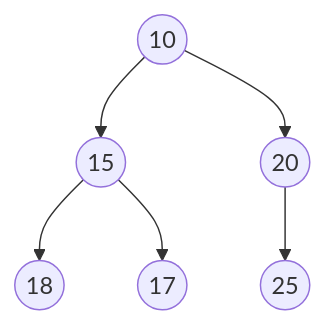
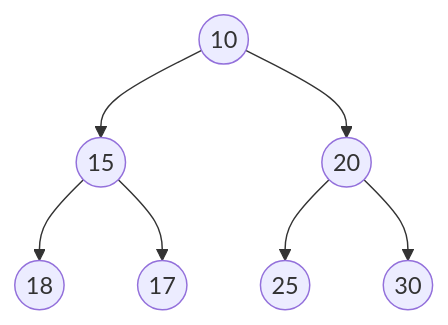
Before and after one commit to YCChenVictor/blog-frontend: the second of 2 diagrams in _posts/software/data_structure_and_algorithm/2023-05-03-heap.md, drawn with Mermaid. The commit also changed other lines of this file, not shown here.

```diff
--- a/_posts/software/data_structure_and_algorithm/2023-05-03-heap.md
+++ b/_posts/software/data_structure_and_algorithm/2023-05-03-heap.md
@@ -44,8 +44,9 @@
   <div class="mermaid">
     graph TD
     B((10)) --> C((15))
     B((10)) --> D((20))
     C((15)) --> E((18))
     C((15)) --> F((17))
     D((20)) --> G((25))
+    D((20)) --> H((30))
   </div>
```
